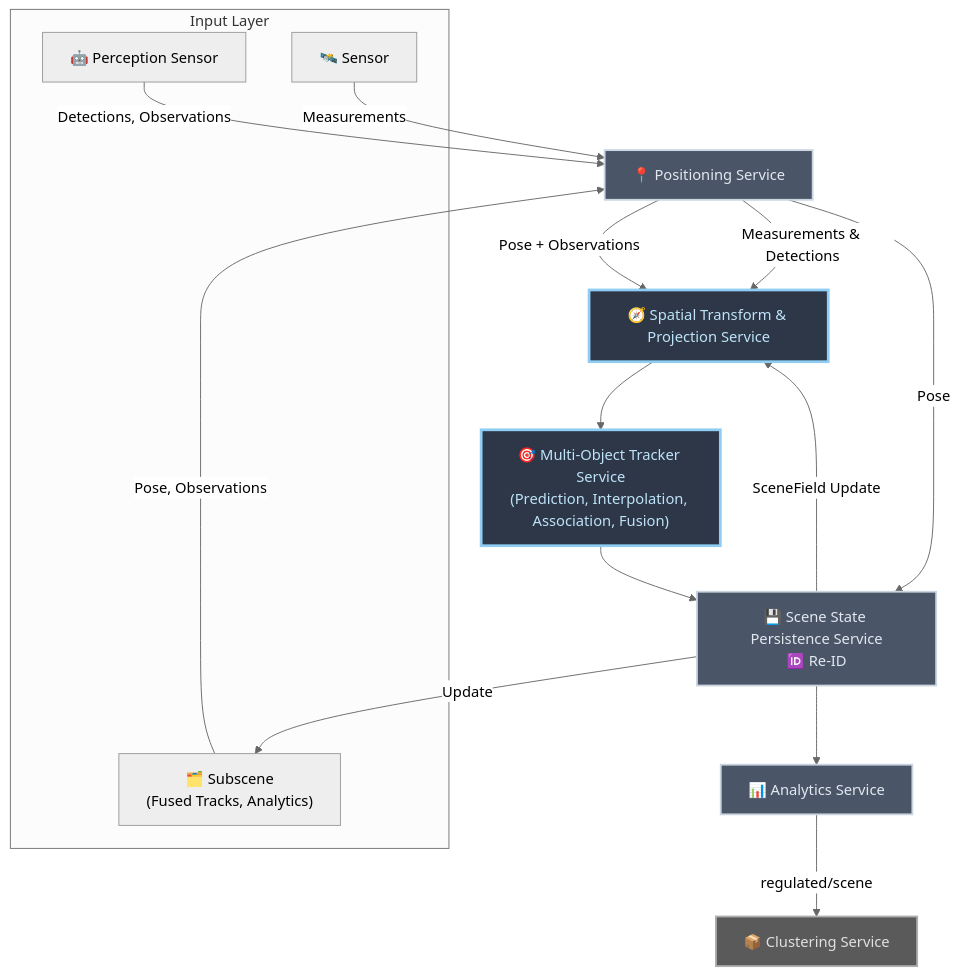
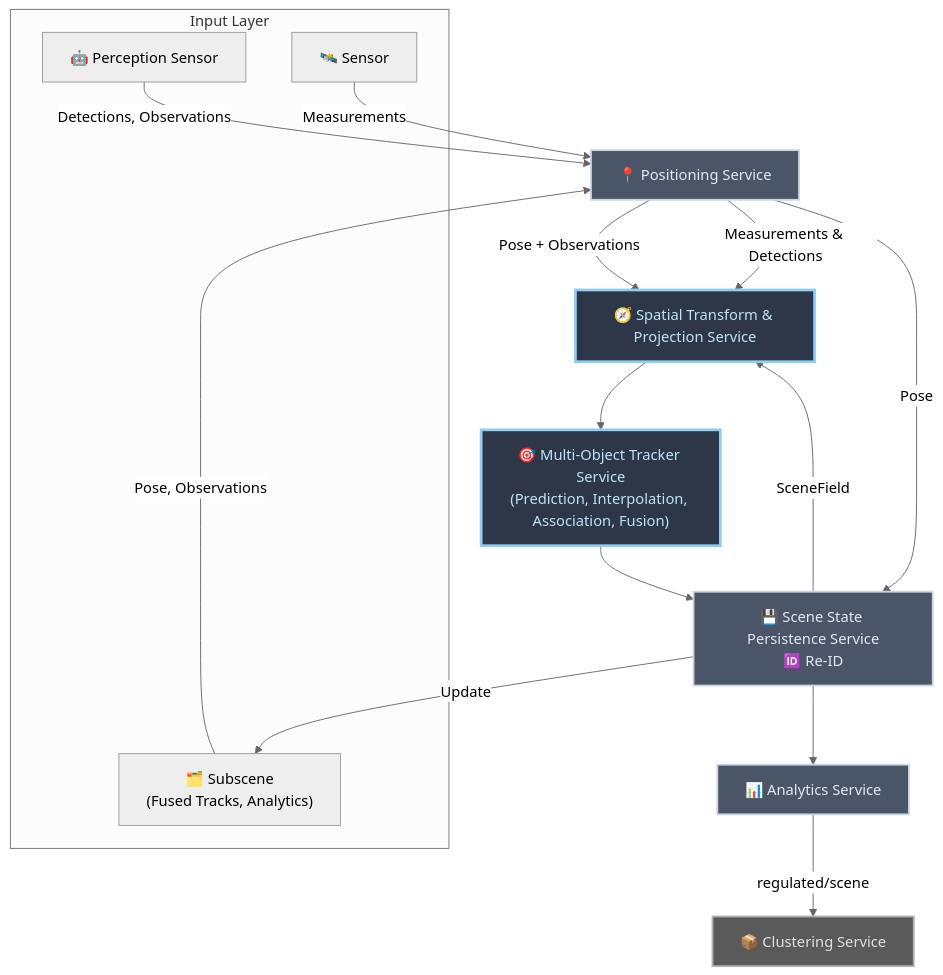
The second of 2 diagrams in docs/adr/0013-controller-breakdown-microservices.md (open-edge-platform/scenescape), drawn with Mermaid (neutral theme) before and after one commit. The commit also changed other lines of this file, not shown here.

Commit message:
comments addressing

````diff
--- a/docs/adr/0013-controller-breakdown-microservices.md
+++ b/docs/adr/0013-controller-breakdown-microservices.md
@@ -172,40 +172,40 @@
 ```mermaid
 flowchart TD
   %% Data sources
   subgraph InputLayer["Input Layer"]
     PerceptionSensor["🤖 Perception Sensor"]
     Subscene["🗂️ Subscene<br/>(Fused Tracks, Analytics)"]
     Sensor["🛰️ Sensor"]
   end
 
   %% Services
   Positioning["📍 Positioning Service"]
   Transform["🧭 Spatial Transform &amp; Projection Service"]
   Tracker["🎯 Multi-Object Tracker Service<br/>(Prediction, Interpolation, Association, Fusion)"]
   Persistence["💾 Scene State Persistence Service<br/>🆔 Re-ID"]
   Analytics["📊 Analytics Service"]
   Clustering["📦 Clustering Service"]
 
   Subscene -->|"Pose, Observations"| Positioning
   Sensor -->|"Measurements"| Positioning
   PerceptionSensor -->|"Detections, Observations"| Positioning
 
   Positioning -->|"Pose + Observations"| Transform
   Positioning -->|"Measurements & Detections"| Transform
 
   Transform --> Tracker
   Tracker --> Persistence
   Positioning -->|"Pose"| Persistence
-  Persistence -->|"SceneField Update"| Transform
+  Persistence -->|"SceneField"| Transform
   Persistence -->|"Update"| Subscene
 
   Persistence --> Analytics
   Analytics -->|"regulated/scene"| Clustering
 
   style Tracker fill:#2d3748,stroke:#90cdf4,stroke-width:3px,color:#bee3f8
   style Transform fill:#2d3748,stroke:#90cdf4,stroke-width:3px,color:#bee3f8
   style Positioning fill:#4a5568,stroke:#cbd5e0,stroke-width:2px,color:#e2e8f0
   style Persistence fill:#4a5568,stroke:#cbd5e0,stroke-width:2px,color:#e2e8f0
   style Analytics fill:#4a5568,stroke:#cbd5e0,stroke-width:2px,color:#e2e8f0
   style Clustering fill:#5a5a5a,stroke:#b0b0b0,stroke-width:2px,color:#e0e0e0
 ```
````
